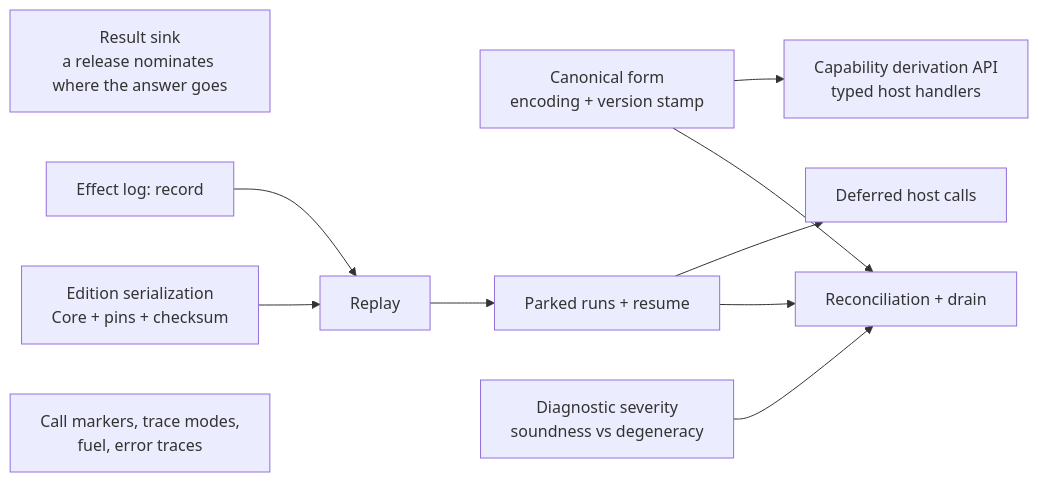
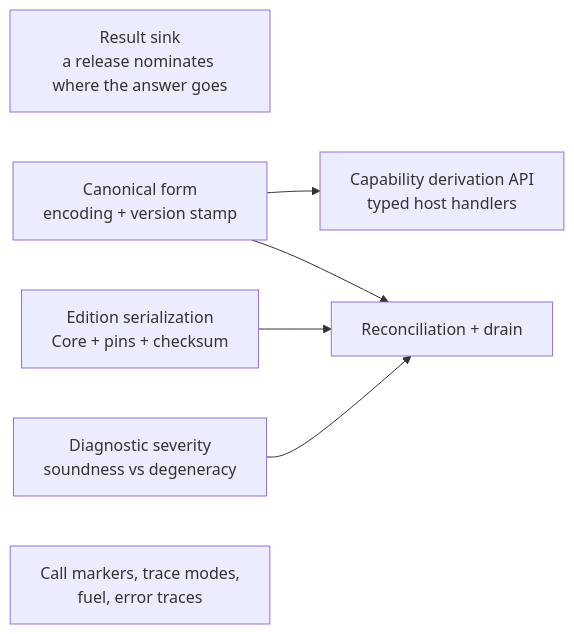
Before and after one commit to txsmith/klein: the diagram in docs/host-integration-roadmap.md, drawn with Mermaid. The commit also changed other lines of this file and 38 other files, not shown here.

Commit message:
The effect log and the unified run (#28)

````diff
--- a/docs/host-integration-roadmap.md
+++ b/docs/host-integration-roadmap.md
@@ -34,25 +45,17 @@
 ```mermaid
     graph LR
     SINK["Result sink<br/>a release nominates where the answer goes"]
     DERIVE["Capability derivation API<br/>typed host handlers"]
 
     CANON["Canonical form<br/>encoding + version stamp"]
     ED["Edition serialization<br/>Core + pins + checksum"]
-    LOGREC["Effect log: record"]
-    REPLAY["Replay"]
-    PARK["Parked runs + resume"]
-    DEFER["Deferred host calls"]
     SEV["Diagnostic severity<br/>soundness vs degeneracy"]
     RECON["Reconciliation + drain"]
 
     TRACE["Call markers, trace modes,<br/>fuel, error traces"]
 
     CANON --> DERIVE
     CANON --> RECON
-    LOGREC --> REPLAY
-    ED --> REPLAY
-    REPLAY --> PARK
-    PARK --> DEFER
-    PARK --> RECON
+    ED --> RECON
     SEV --> RECON
 ```
````
